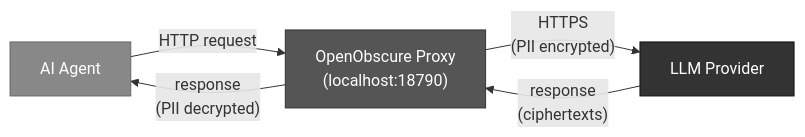
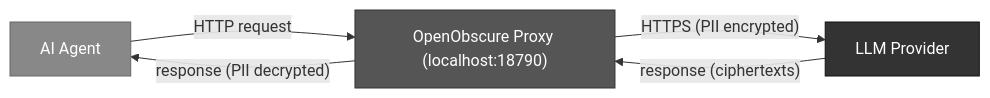
The first of 5 diagrams in README.md (OpenObscure/OpenObscure), drawn with Mermaid before and after one commit. The commit also changed other lines of this file and 1 other file, not shown here.

First line of the commit message:
Remove \n line breaks from mermaid flowchart labels

````diff
--- a/README.md
+++ b/README.md
@@ -22,11 +22,11 @@
 ```mermaid
 flowchart LR
-    agent["AI Agent"] -- "HTTP request" --> proxy["OpenObscure Proxy\n(localhost:18790)"]
-    proxy -- "HTTPS\n(PII encrypted)" --> llm["LLM Provider"]
-    llm -- "response\n(ciphertexts)" --> proxy
-    proxy -- "response\n(PII decrypted)" --> agent
+    agent["AI Agent"] -- "HTTP request" --> proxy["OpenObscure Proxy (localhost:18790)"]
+    proxy -- "HTTPS (PII encrypted)" --> llm["LLM Provider"]
+    llm -- "response (ciphertexts)" --> proxy
+    proxy -- "response (PII decrypted)" --> agent
 
     style agent fill:#888,stroke:#666,color:#fff
     style proxy fill:#555,stroke:#333,color:#fff
     style llm fill:#333,stroke:#111,color:#fff
 ```
````
